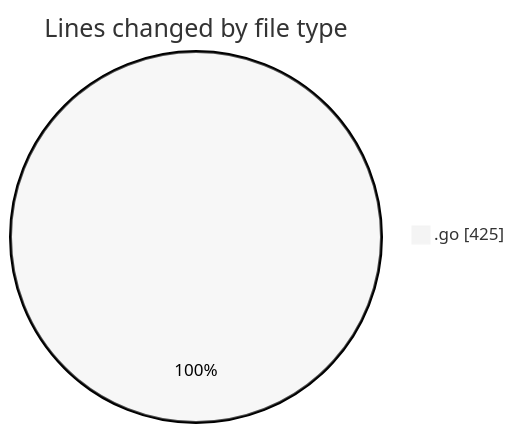
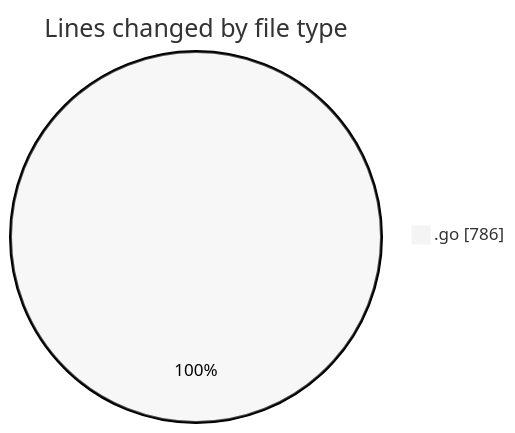
The first of 2 diagrams in 2025-02-08/test-rountines/README.md (robertbonfada/code-tracking), drawn with Mermaid (neutral theme) before and after one commit. The commit also changed other lines of this file and 1 other file, not shown here.

````diff
--- a/2025-02-08/test-rountines/README.md
+++ b/2025-02-08/test-rountines/README.md
@@ -22,5 +23,5 @@
 ```mermaid
 pie showData
 title Lines changed by file type
-".go" : 425
+".go" : 786
 ```
````
